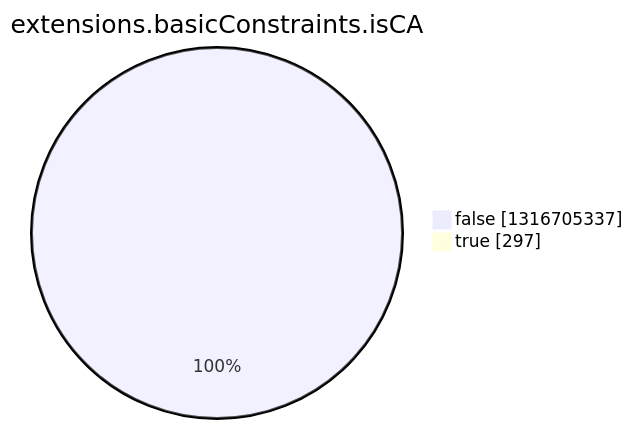
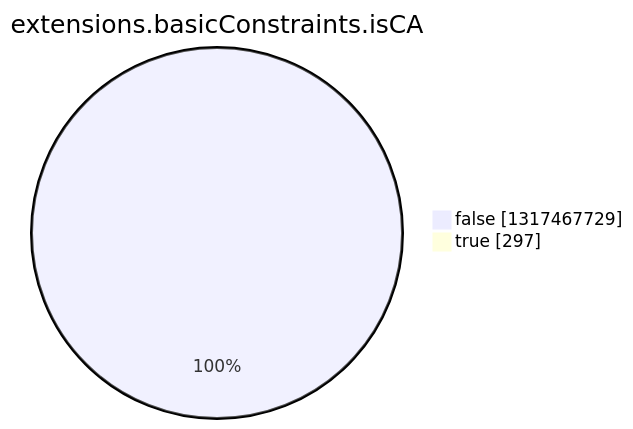
One commit to christiankrug/ctmonitor_visualization changed the eighth of 15 diagrams in argon2022/README.md. Above: the diagram before and after it, drawn with Mermaid. The commit also changed other lines of this file, not shown here.

````diff
--- a/argon2022/README.md
+++ b/argon2022/README.md
@@ -2758,6 +2758,6 @@
 ```mermaid
 pie showData
 title extensions.basicConstraints.isCA
-"false" :1316705337
+"false" :1317467729
 "true" :297
 ```
````
